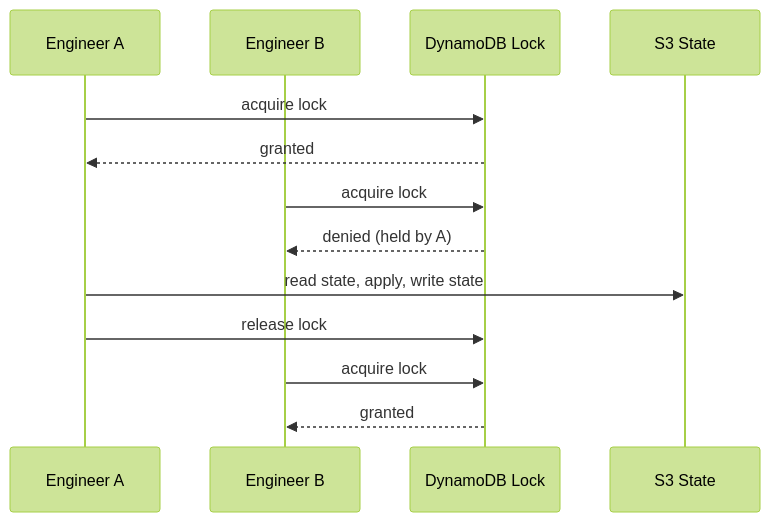
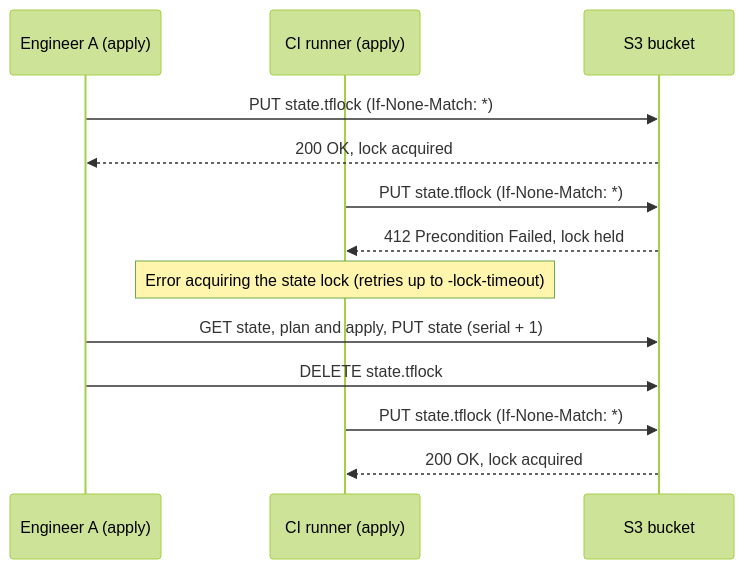
Before and after one commit to AndrewAltimit/Documentation: the second of 4 diagrams in github-pages/docs/technology/terraform/state-modules.md, drawn with Mermaid (forest theme). The commit also changed other lines of this file and 240 other files, not shown here.

````diff
--- a/github-pages/docs/technology/terraform/state-modules.md
+++ b/github-pages/docs/technology/terraform/state-modules.md
@@ -113,15 +92,15 @@
 ```mermaid
 sequenceDiagram
-    participant A as Engineer A
-    participant B as Engineer B
-    participant L as DynamoDB Lock
-    participant S as S3 State
-    A->>L: acquire lock
-    L-->>A: granted
-    B->>L: acquire lock
-    L-->>B: denied (held by A)
-    A->>S: read state, apply, write state
-    A->>L: release lock
-    B->>L: acquire lock
-    L-->>B: granted
+    participant A as Engineer A (apply)
+    participant B as CI runner (apply)
+    participant S3 as S3 bucket
+    A->>S3: PUT state.tflock (If-None-Match: *)
+    S3-->>A: 200 OK, lock acquired
+    B->>S3: PUT state.tflock (If-None-Match: *)
+    S3-->>B: 412 Precondition Failed, lock held
+    Note over B: Error acquiring the state lock (retries up to -lock-timeout)
+    A->>S3: GET state, plan and apply, PUT state (serial + 1)
+    A->>S3: DELETE state.tflock
+    B->>S3: PUT state.tflock (If-None-Match: *)
+    S3-->>B: 200 OK, lock acquired
 ```
````
